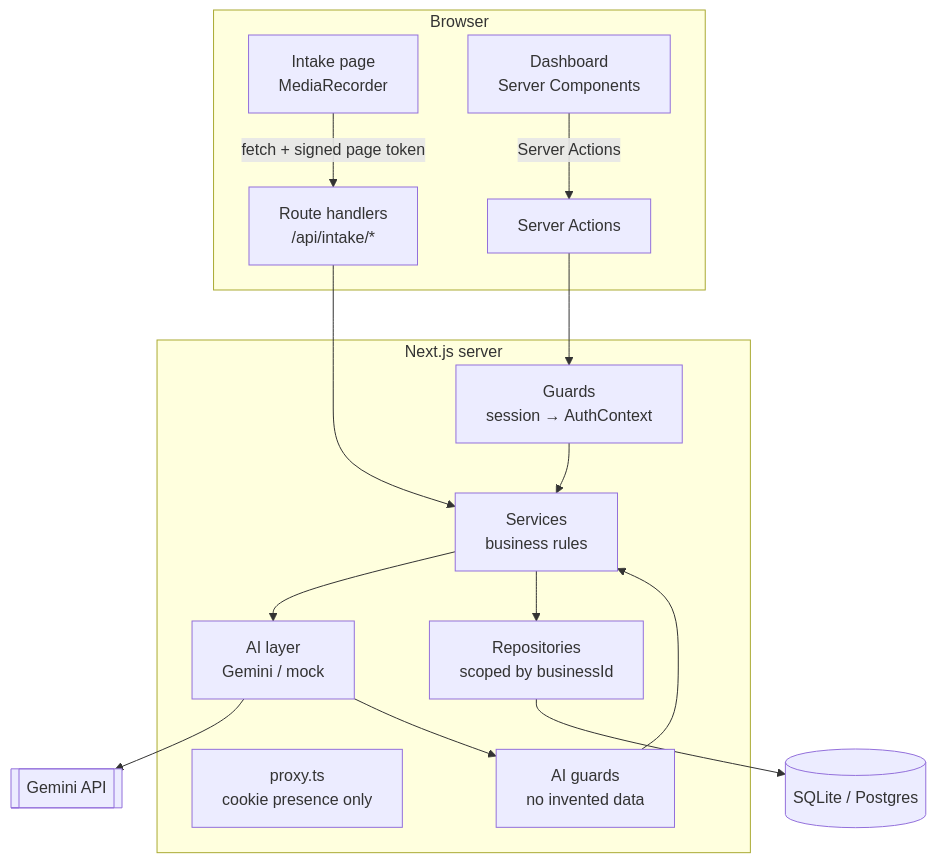
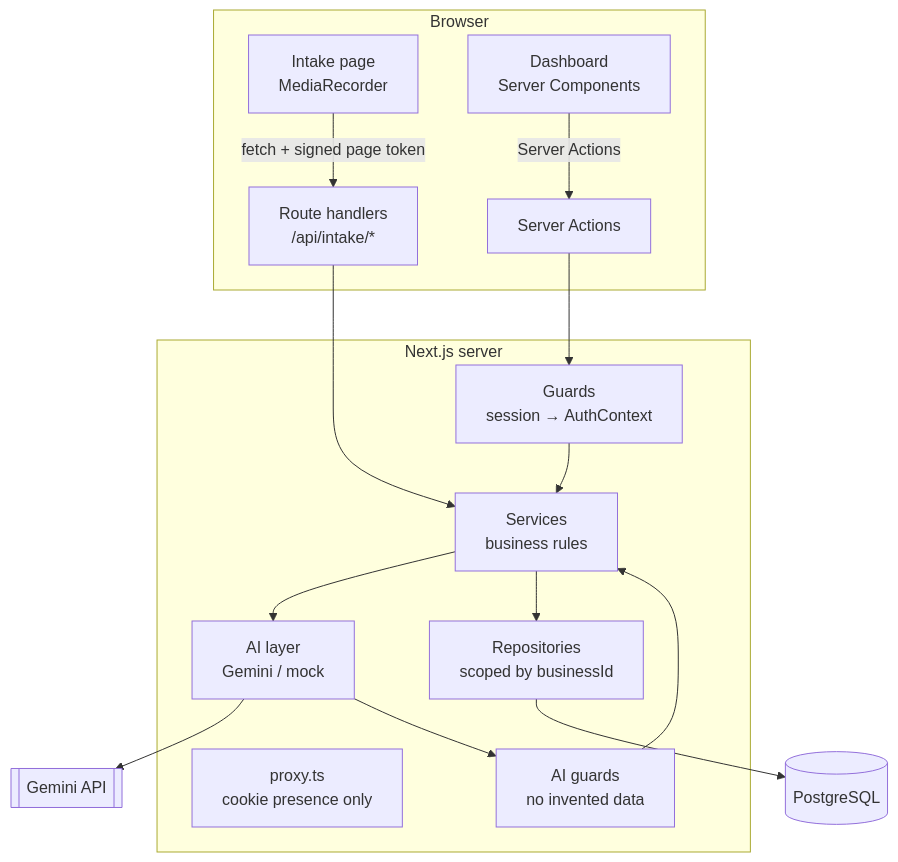
Before and after one commit to husnainzahid050-hub/voicelead: the second of 2 diagrams in README.md, drawn with Mermaid. The commit also changed other lines of this file and 32 other files, not shown here.

````diff
--- a/README.md
+++ b/README.md
@@ -66,24 +66,24 @@
 ```mermaid
 flowchart TB
   subgraph Browser
     P[Intake page<br/>MediaRecorder] -- "fetch + signed page token" --> RH
     D[Dashboard<br/>Server Components] -- "Server Actions" --> SA
   end
   subgraph "Next.js server"
     PX[proxy.ts<br/>cookie presence only]
     RH[Route handlers<br/>/api/intake/*]
     SA[Server Actions]
     G[Guards<br/>session → AuthContext]
     S[Services<br/>business rules]
     AI[AI layer<br/>Gemini / mock]
     GU[AI guards<br/>no invented data]
     R[Repositories<br/>scoped by businessId]
   end
-  DB[(SQLite / Postgres)]
+  DB[(PostgreSQL)]
   GEM[[Gemini API]]
   RH --> S
   SA --> G --> S
   S --> AI --> GEM
   AI --> GU --> S
   S --> R --> DB
 ```
````
